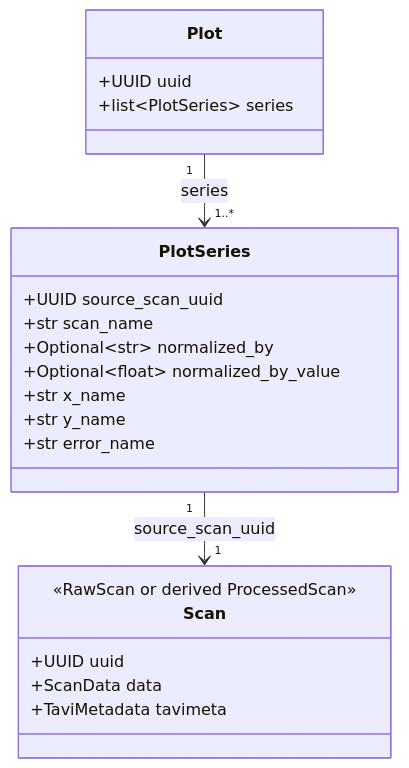
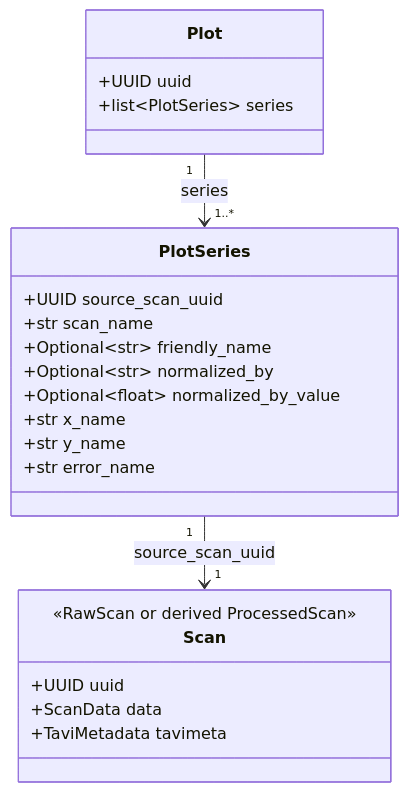
The first of 2 diagrams in docs/source/design/frontend/plot_data_model.rst (neutrons/TAVI), drawn with Mermaid before and after one commit. The commit also changed other lines of this file and 36 other files, not shown here.

```diff
--- a/docs/source/design/frontend/plot_data_model.rst
+++ b/docs/source/design/frontend/plot_data_model.rst
@@ -46,24 +57,25 @@
 .. mermaid::
 
     classDiagram
         class Plot {
             +UUID uuid
             +list~PlotSeries~ series
         }
         class PlotSeries {
             +UUID source_scan_uuid
             +str scan_name
+            +Optional~str~ friendly_name
             +Optional~str~ normalized_by
             +Optional~float~ normalized_by_value
             +str x_name
             +str y_name
             +str error_name
         }
         class Scan {
             <<RawScan or derived ProcessedScan>>
             +UUID uuid
             +ScanData data
             +TaviMetadata tavimeta
         }
         Plot "1" --> "1..*" PlotSeries : series
         PlotSeries "1" --> "1" Scan : source_scan_uuid
```
